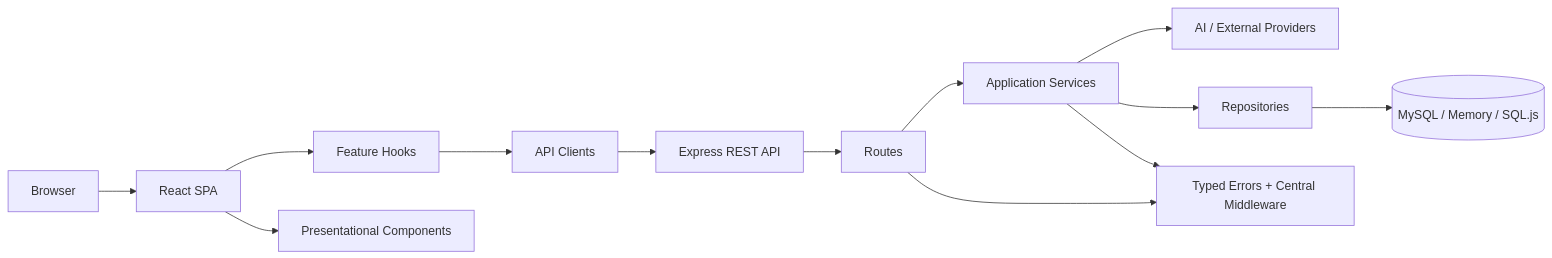
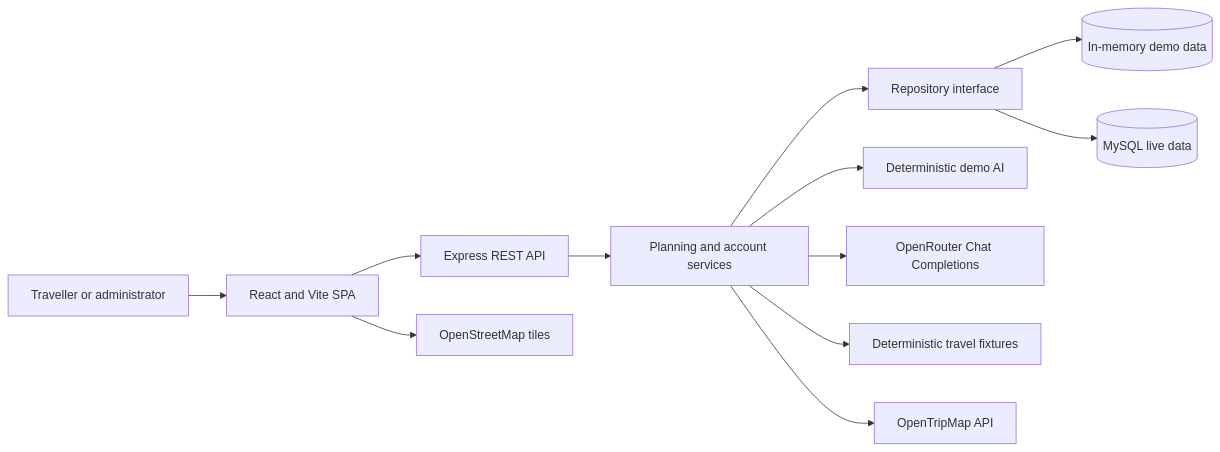
The first of 2 diagrams in CURRENT_ARCHITECTURE.md (nuoxu-debug/nuogo-travel-), drawn with Mermaid before and after one commit. The commit also changed other lines of this file and 294 other files, not shown here.

````diff
--- a/CURRENT_ARCHITECTURE.md
+++ b/CURRENT_ARCHITECTURE.md
@@ -440,26 +29,14 @@
 ```mermaid
 flowchart LR
-  Browser[Browser]
-  SPA[React SPA]
-  FeatureHooks[Feature Hooks]
-  APIClients[API Clients]
-  Components[Presentational Components]
-
-  Express[Express REST API]
-  Routes[Routes]
-  Services[Application Services]
-  Providers[AI / External Providers]
-  Repositories[Repositories]
-  Storage[(MySQL / Memory / SQL.js)]
-  Errors[Typed Errors + Central Middleware]
-
-  Browser --> SPA
-  SPA --> FeatureHooks
-  SPA --> Components
-  FeatureHooks --> APIClients --> Express
-  Express --> Routes --> Services
-  Services --> Providers
-  Services --> Repositories --> Storage
-  Services --> Errors
-  Routes --> Errors
+  User[Traveller or administrator] --> SPA[React and Vite SPA]
+  SPA --> API[Express REST API]
+  API --> Services[Planning and account services]
+  Services --> Repository[Repository interface]
+  Repository --> Memory[(In-memory demo data)]
+  Repository --> MySQL[(MySQL live data)]
+  Services --> DemoAI[Deterministic demo AI]
+  Services --> OpenRouter[OpenRouter Chat Completions]
+  Services --> DemoTravel[Deterministic travel fixtures]
+  Services --> OTM[OpenTripMap API]
+  SPA --> OSM[OpenStreetMap tiles]
 ```
````
